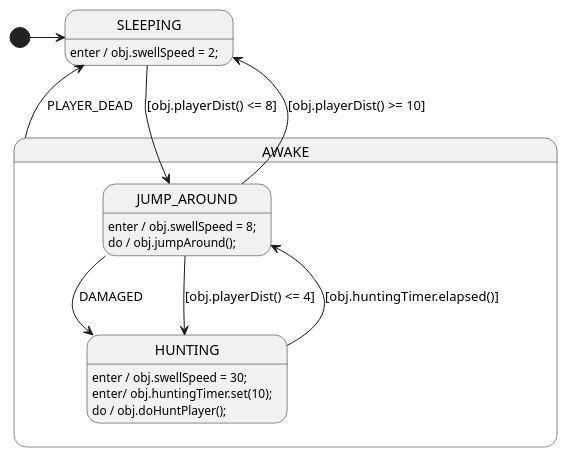
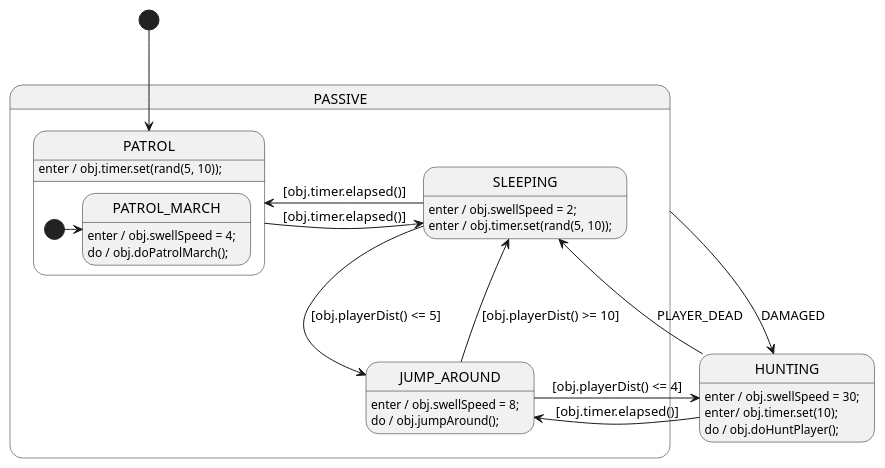
The diagram in examples/platformer/enemy1/Enemy1Sm.plantuml (adamfk/LittleJS), drawn with PlantUML before and after one commit. The commit also changed 3 other files, not shown here.

Commit message:
patrol first attempt - fails to turn around if it hits a wall

```diff
--- a/examples/platformer/enemy1/Enemy1Sm.plantuml
+++ b/examples/platformer/enemy1/Enemy1Sm.plantuml
@@ -1,50 +1,66 @@
 @startuml Enemy1Sm
 
 ' //////////////////////// STATE ORGANIZATION ///////////////////////
 ' Note: StateSmith treats state names and events as case insensitive.
 ' More info: https://github.com/StateSmith/StateSmith/wiki/PlantUML
 
-state SLEEPING
+state PASSIVE {
+    state SLEEPING
 
-state AWAKE {
+    state PATROL {
+        state PATROL_MARCH
+        ' state PATROL_HOP
+        [*] -> PATROL_MARCH
+    }
+
     state JUMP_AROUND
-    state HUNTING
 }
 
-[*] -> SLEEPING
+state HUNTING
+
+[*] --> PATROL
+' [*] -> SLEEPING
 
 
 ' ///////////////////////// STATE HANDLERS /////////////////////////
 ' Syntax: https://github.com/StateSmith/StateSmith/wiki/Behaviors
 
+PASSIVE --> HUNTING: DAMAGED
+
 SLEEPING: enter / obj.swellSpeed = 2;
-SLEEPING --> JUMP_AROUND: [obj.playerDist() <= 8]
+SLEEPING: enter / obj.timer.set(rand(5, 10));
+SLEEPING -> PATROL: [obj.timer.elapsed()]
+SLEEPING --> JUMP_AROUND: [obj.playerDist() <= 5]
 
-AWAKE -up-> SLEEPING: PLAYER_DEAD
+PATROL: enter / obj.timer.set(rand(5, 10));
+PATROL -> SLEEPING: [obj.timer.elapsed()]
+PATROL_MARCH: enter / obj.swellSpeed = 4;
+PATROL_MARCH: do / obj.doPatrolMarch();
+
+HUNTING --> SLEEPING: PLAYER_DEAD
 
 JUMP_AROUND: enter / obj.swellSpeed = 8;
 JUMP_AROUND: do / obj.jumpAround();
 JUMP_AROUND --> SLEEPING: [obj.playerDist() >= 10]
-JUMP_AROUND --> HUNTING: DAMAGED
-JUMP_AROUND --> HUNTING: [obj.playerDist() <= 4]
+JUMP_AROUND -r-> HUNTING: [obj.playerDist() <= 4]
 
 HUNTING: enter / obj.swellSpeed = 30;
-HUNTING: enter/ obj.huntingTimer.set(10);
+HUNTING: enter/ obj.timer.set(10);
 HUNTING: do / obj.doHuntPlayer();
-HUNTING --> JUMP_AROUND: [obj.huntingTimer.elapsed()]
+HUNTING -l-> JUMP_AROUND: [obj.timer.elapsed()]
 
 
 ' //////////////////////// StateSmith config ////////////////////////
 ' The below special comment block sets the StateSmith configuration.
 ' More info: https://github.com/StateSmith/StateSmith/issues/335
 
 /'! $CONFIG : toml
 [SmRunnerSettings]
 transpilerId = "JavaScript"
 
 [RenderConfig]
 AutoExpandedVars = """
     obj: null, // need to set this to instance of Enemy1 before calling start()
     """
 '/
 @enduml
```
